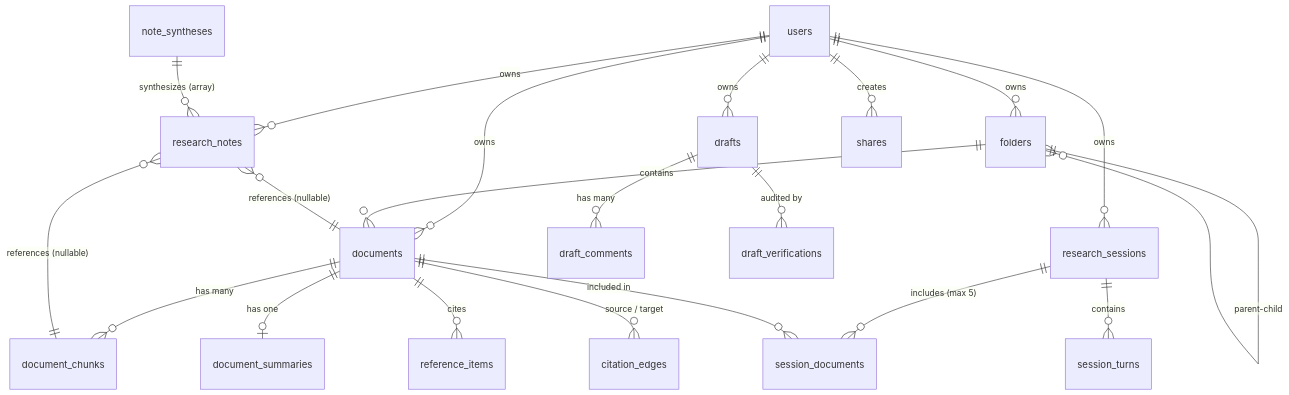
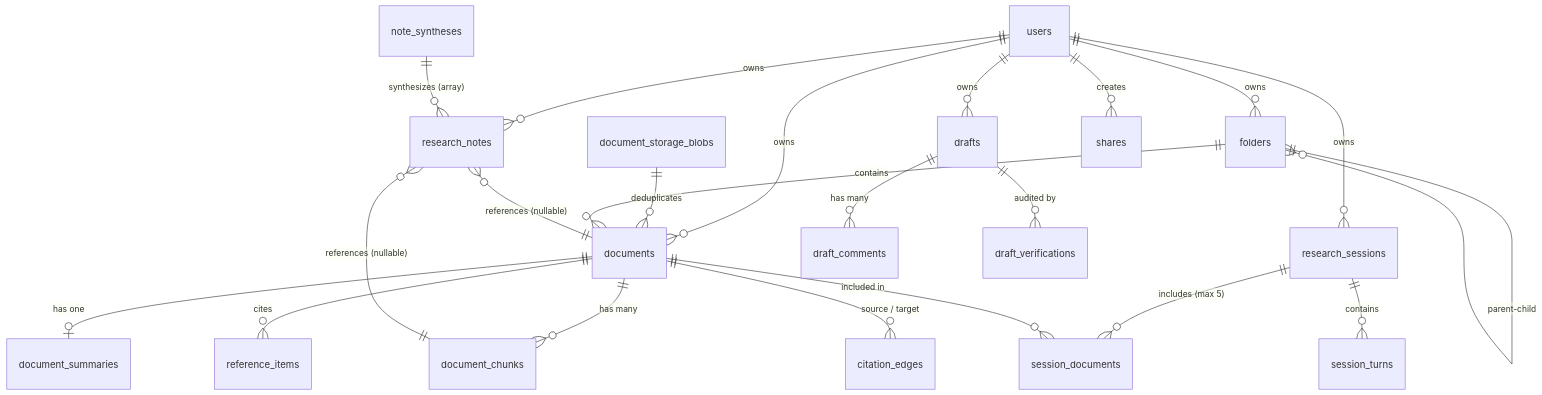
One commit to dammanhdungvn/VeriScholar changed the diagram in docs/vi/design-database.md. Above: the diagram before and after it, drawn with Mermaid. The commit also changed other lines of this file and 1 other file, not shown here.

Commit message:
docs: harden system architecture and multi-tenant CAS schema against operational vulnerabilities

````diff
--- a/docs/vi/design-database.md
+++ b/docs/vi/design-database.md
@@ -11,28 +11,29 @@
 ```mermaid
 erDiagram
     users ||--o{ documents : "owns"
+    document_storage_blobs ||--o{ documents : "deduplicates"
     users ||--o{ research_sessions : "owns"
     users ||--o{ research_notes : "owns"
     users ||--o{ drafts : "owns"
     users ||--o{ folders : "owns"
     users ||--o{ shares : "creates"
 
     folders ||--o{ folders : "parent-child"
     folders ||--o{ documents : "contains"
 
     documents ||--o{ document_chunks : "has many"
     documents ||--o| document_summaries : "has one"
     documents ||--o{ reference_items : "cites"
     documents ||--o{ citation_edges : "source / target"
 
     research_sessions ||--o{ session_documents : "includes (max 5)"
     documents ||--o{ session_documents : "included in"
     research_sessions ||--o{ session_turns : "contains"
 
     research_notes }o--|| documents : "references (nullable)"
     research_notes }o--|| document_chunks : "references (nullable)"
     note_syntheses ||--o{ research_notes : "synthesizes (array)"
 
     drafts ||--o{ draft_comments : "has many"
     drafts ||--o{ draft_verifications : "audited by"
 ```
````
